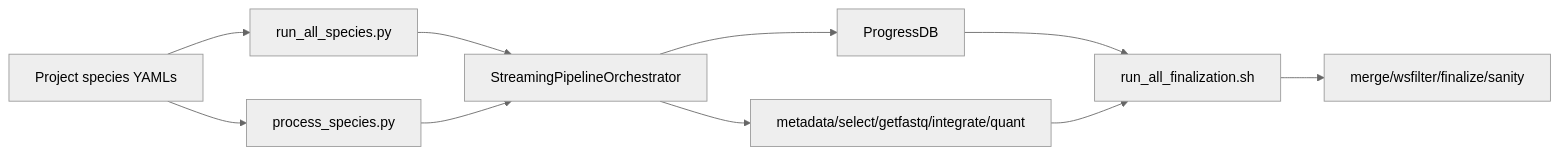
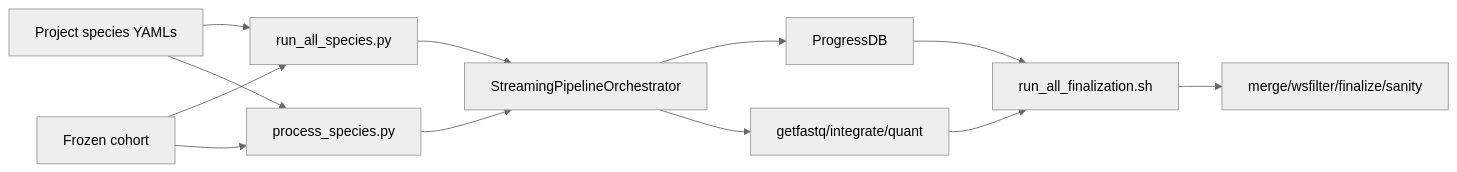
One commit to docxology/MetaInformAnt changed the diagram in docs/ORCHESTRATION.md. Above: the diagram before and after it, drawn with Mermaid (neutral theme). The commit also changed other lines of this file and 235 other files, not shown here.

First line of the commit message:
docs: describe the frozen-cohort lane as it runs; fix commands that fail

````diff
--- a/docs/ORCHESTRATION.md
+++ b/docs/ORCHESTRATION.md
@@ -9,12 +9,14 @@
 ```mermaid
 flowchart LR
     Y[Project species YAMLs] --> C[run_all_species.py]
+    K[Frozen cohort] --> C
+    K --> S
     Y --> S[process_species.py]
     C --> P[StreamingPipelineOrchestrator]
     S --> P
     P --> DB[ProgressDB]
-    P --> Q[metadata/select/getfastq/integrate/quant]
+    P --> Q[getfastq/integrate/quant]
     DB --> R[run_all_finalization.sh]
     Q --> R
     R --> M[merge/wsfilter/finalize/sanity]
 ```
````
